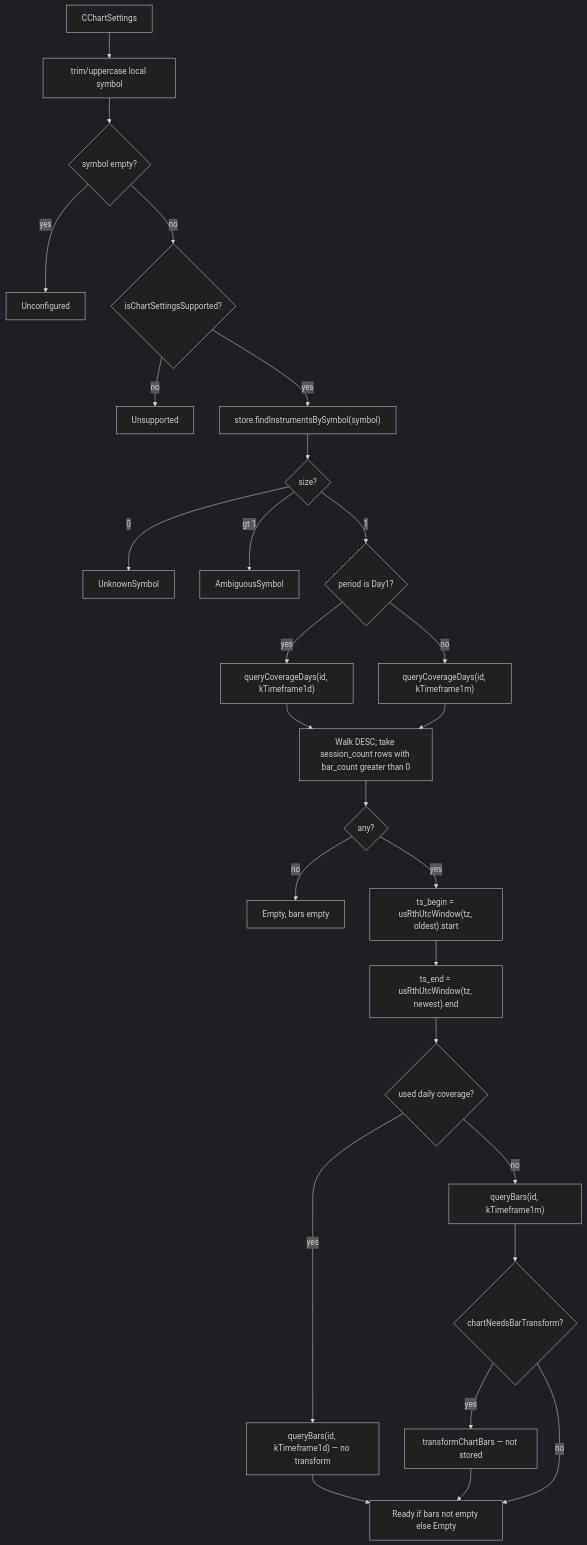
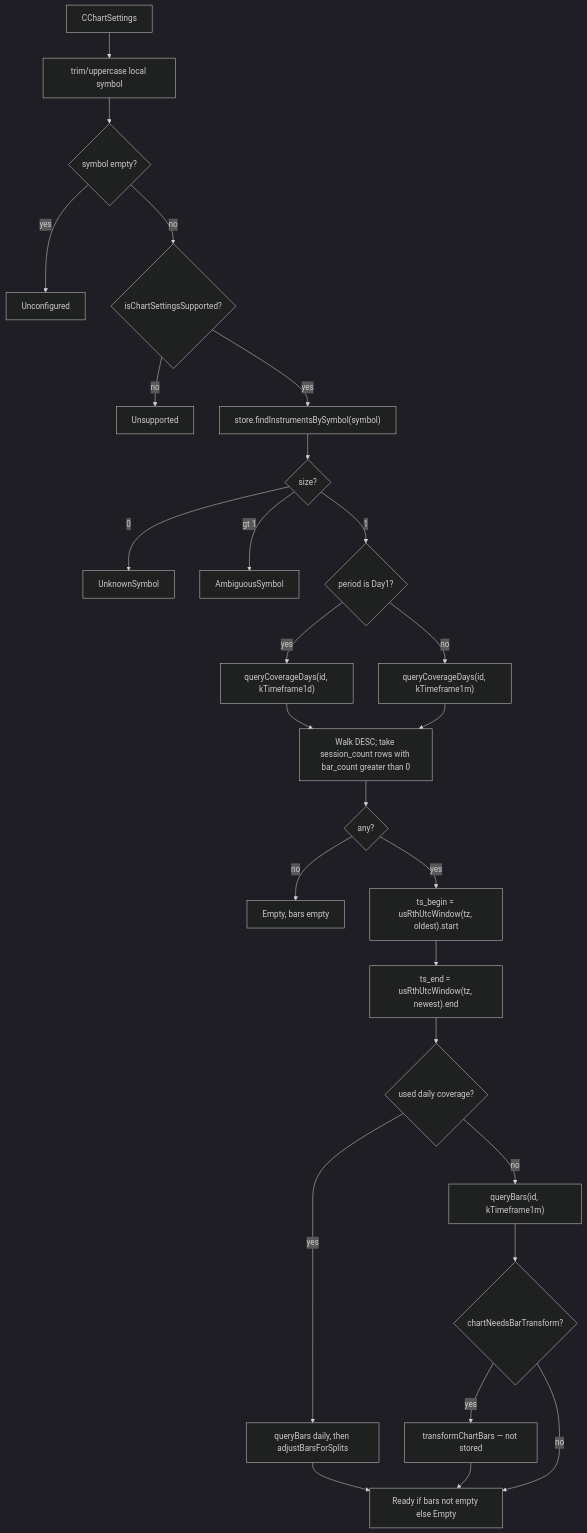
Before and after one commit to CyN1ckal/CyNickal-Software-Terminal: the fourth of 4 diagrams in docs/chart-panes.md, drawn with Mermaid (dark theme). The commit also changed other lines of this file and 24 other files, not shown here.

First line of the commit message:
Split-adjust daily charts from stored corporate actions.

````diff
--- a/docs/chart-panes.md
+++ b/docs/chart-panes.md
@@ -738,29 +738,29 @@
 ```mermaid
 flowchart TD
     A[CChartSettings] --> T[trim/uppercase local symbol]
     T --> B{symbol empty?}
     B -->|yes| U[Unconfigured]
     B -->|no| C{isChartSettingsSupported?}
     C -->|no| X[Unsupported]
     C -->|yes| D["store.findInstrumentsBySymbol(symbol)"]
     D --> E{size?}
     E -->|0| F[UnknownSymbol]
     E -->|gt 1| G[AmbiguousSymbol]
     E -->|1| H{"period is Day1?"}
     H -->|yes| Hd["queryCoverageDays(id, kTimeframe1d)"]
     H -->|no| Hm["queryCoverageDays(id, kTimeframe1m)"]
     Hd --> I[Walk DESC; take session_count rows with bar_count greater than 0]
     Hm --> I
     I --> J{any?}
     J -->|no| K[Empty, bars empty]
     J -->|yes| L["ts_begin = usRthUtcWindow(tz, oldest).start"]
     L --> M["ts_end = usRthUtcWindow(tz, newest).end"]
     M --> N{"used daily coverage?"}
-    N -->|yes| Nd["queryBars(id, kTimeframe1d) — no transform"]
+    N -->|yes| Nd["queryBars daily, then adjustBarsForSplits"]
     N -->|no| Nm["queryBars(id, kTimeframe1m)"]
     Nm --> P{chartNeedsBarTransform?}
     P -->|yes| Q["transformChartBars — not stored"]
     P -->|no| O
     Nd --> O
     Q --> O[Ready if bars not empty else Empty]
 ```
````
